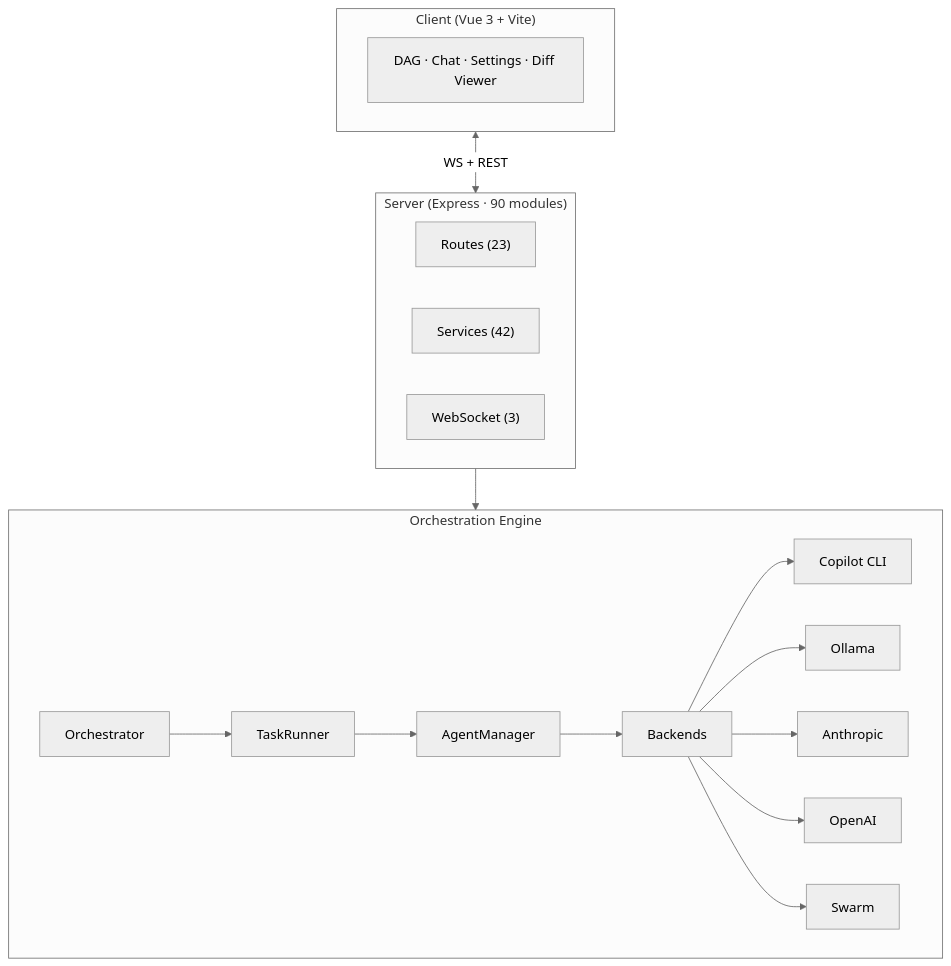
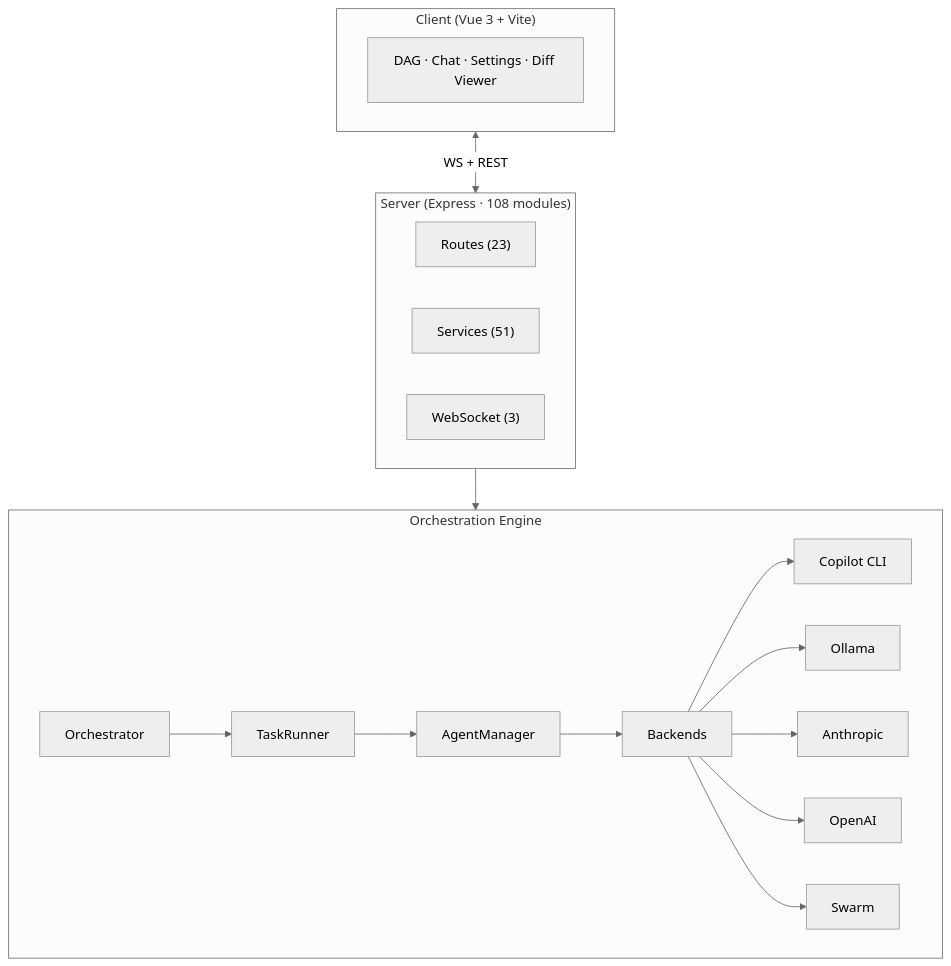
The third of 3 diagrams in README.md (MrUnreal/hAIvemind), drawn with Mermaid (neutral theme) before and after one commit. The commit also changed other lines of this file and 14 other files, not shown here.

````diff
--- a/README.md
+++ b/README.md
@@ -120,27 +125,27 @@
 ```mermaid
 graph TB
   subgraph Client["Client (Vue 3 + Vite)"]
     UI["DAG · Chat · Settings · Diff Viewer"]
   end
 
-  subgraph Server["Server (Express · 90 modules)"]
+  subgraph Server["Server (Express · 108 modules)"]
     direction LR
     R["Routes (23)"]
-    S["Services (42)"]
+    S["Services (51)"]
     WS["WebSocket (3)"]
   end
 
   subgraph Engine["Orchestration Engine"]
     ORC["Orchestrator"] --> TK["TaskRunner"]
     TK --> AM["AgentManager"]
     AM --> BE["Backends"]
     BE --> CP["Copilot CLI"]
     BE --> OL["Ollama"]
     BE --> AN["Anthropic"]
     BE --> OA["OpenAI"]
     BE --> SW["Swarm"]
   end
 
   Client <-->|"WS + REST"| Server
   Server --> Engine
 ```
````
